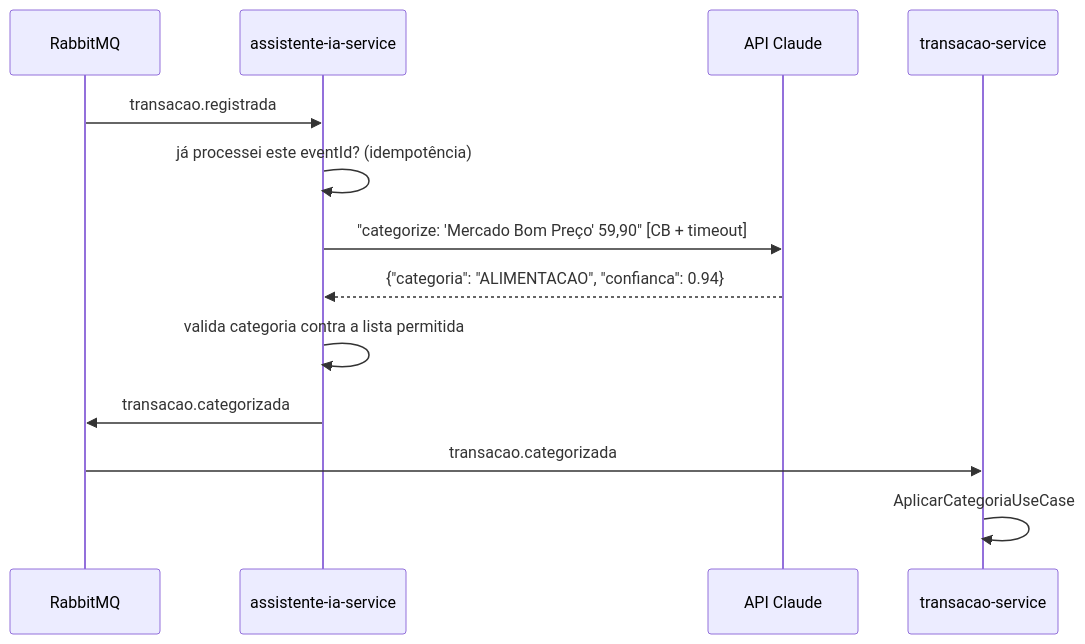
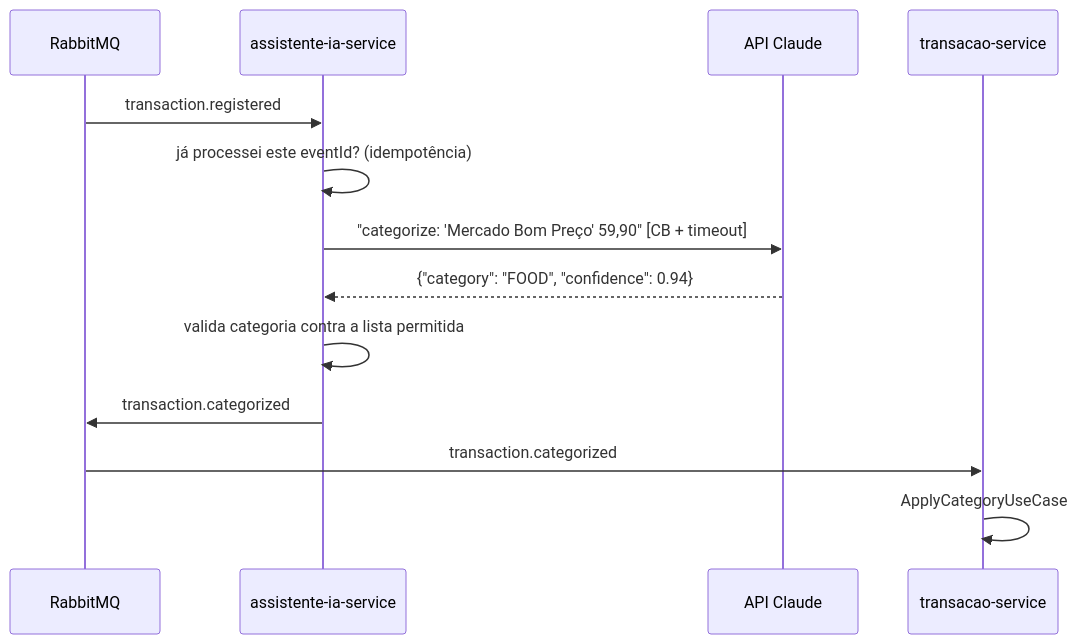
The third of 9 diagrams in docs/fluxos.md (DiiOliiver/finance-api), drawn with Mermaid before and after one commit. The commit also changed other lines of this file and 13 other files, not shown here.

````diff
--- a/docs/fluxos.md
+++ b/docs/fluxos.md
@@ -90,16 +90,16 @@
 ```mermaid
 sequenceDiagram
     participant MQ as RabbitMQ
     participant IA as assistente-ia-service
     participant CL as API Claude
     participant TS as transacao-service
 
-    MQ->>IA: transacao.registrada
+    MQ->>IA: transaction.registered
     IA->>IA: já processei este eventId? (idempotência)
     IA->>CL: "categorize: 'Mercado Bom Preço' 59,90" [CB + timeout]
-    CL-->>IA: {"categoria": "ALIMENTACAO", "confianca": 0.94}
+    CL-->>IA: {"category": "FOOD", "confidence": 0.94}
     IA->>IA: valida categoria contra a lista permitida
-    IA->>MQ: transacao.categorizada
-    MQ->>TS: transacao.categorizada
-    TS->>TS: AplicarCategoriaUseCase
+    IA->>MQ: transaction.categorized
+    MQ->>TS: transaction.categorized
+    TS->>TS: ApplyCategoryUseCase
 ```
````
